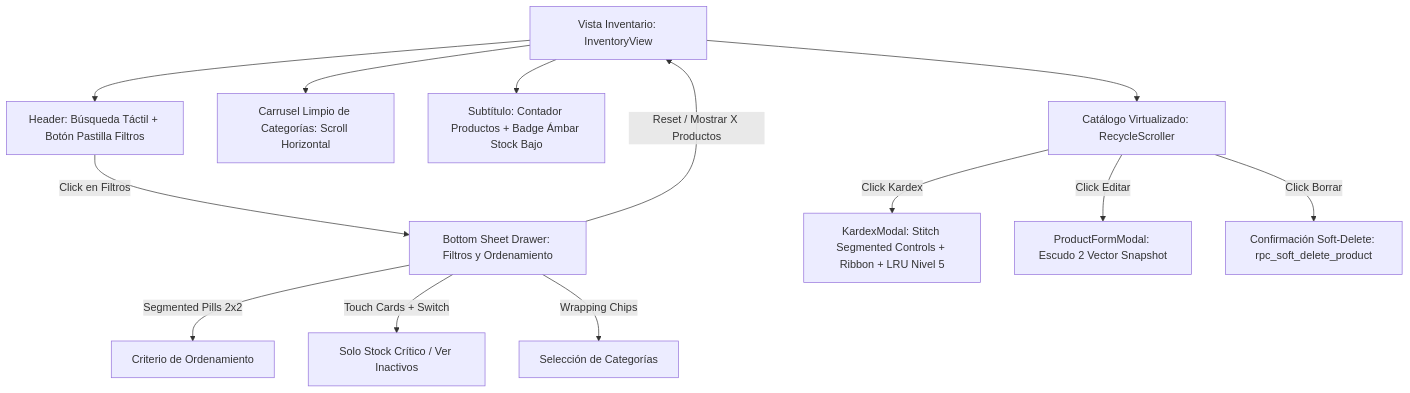
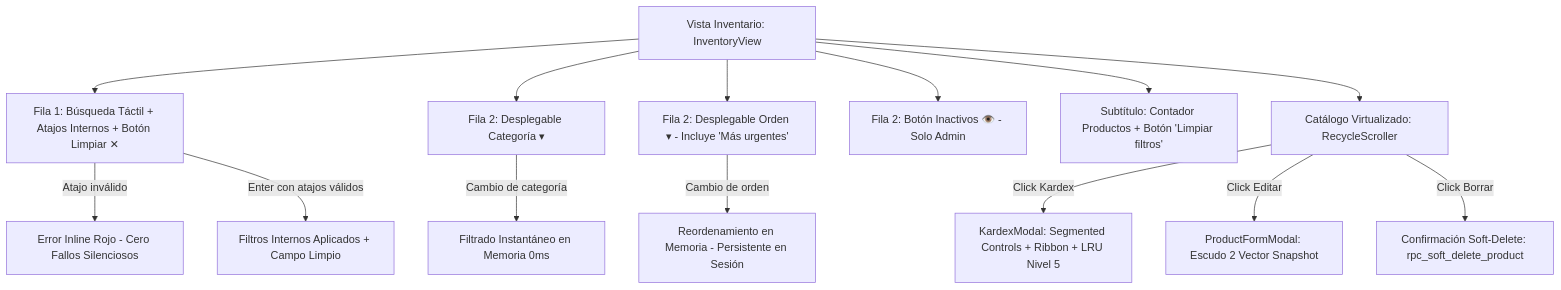
Before and after one commit to YamirJCF/tienda-barrio-pro: the diagram in documentation/01_requirements/UXD/UXD_006_INTERFAZ_INVENTARIO.md, drawn with Mermaid. The commit also changed other lines of this file and 8 other files, not shown here.

Commit message:
feat(inventory): implementar filtros compactos A+C con parser de atajos internos

````diff
--- a/documentation/01_requirements/UXD/UXD_006_INTERFAZ_INVENTARIO.md
+++ b/documentation/01_requirements/UXD/UXD_006_INTERFAZ_INVENTARIO.md
@@ -23,15 +22,16 @@
 ```mermaid
 graph TD
-    A[Vista Inventario: InventoryView] --> B[Header: Búsqueda Táctil + Botón Pastilla Filtros]
-    A --> C[Carrusel Limpio de Categorías: Scroll Horizontal]
-    A --> D[Subtítulo: Contador Productos + Badge Ámbar Stock Bajo]
-    B -->|Click en Filtros| E[Bottom Sheet Drawer: Filtros y Ordenamiento]
-    E -->|Segmented Pills 2x2| E1[Criterio de Ordenamiento]
-    E -->|Touch Cards + Switch| E2[Solo Stock Crítico / Ver Inactivos]
-    E -->|Wrapping Chips| E3[Selección de Categorías]
-    E -->|Reset / Mostrar X Productos| A
-    A --> F[Catálogo Virtualizado: RecycleScroller]
-    F -->|Click Kardex| G[KardexModal: Stitch Segmented Controls + Ribbon + LRU Nivel 5]
-    F -->|Click Editar| H[ProductFormModal: Escudo 2 Vector Snapshot]
-    F -->|Click Borrar| I[Confirmación Soft-Delete: rpc_soft_delete_product]
+    A[Vista Inventario: InventoryView] --> B[Fila 1: Búsqueda Táctil + Atajos Internos + Botón Limpiar ✕]
+    A --> C[Fila 2: Desplegable Categoría ▾]
+    A --> D[Fila 2: Desplegable Orden ▾ - Incluye 'Más urgentes']
+    A --> E[Fila 2: Botón Inactivos 👁️ - Solo Admin]
+    A --> F[Subtítulo: Contador Productos + Botón 'Limpiar filtros']
+    B -->|Atajo inválido| B1[Error Inline Rojo - Cero Fallos Silenciosos]
+    B -->|Enter con atajos válidos| B2[Filtros Internos Aplicados + Campo Limpio]
+    C -->|Cambio de categoría| G[Filtrado Instantáneo en Memoria 0ms]
+    D -->|Cambio de orden| H[Reordenamiento en Memoria - Persistente en Sesión]
+    A --> I[Catálogo Virtualizado: RecycleScroller]
+    I -->|Click Kardex| J[KardexModal: Segmented Controls + Ribbon + LRU Nivel 5]
+    I -->|Click Editar| K[ProductFormModal: Escudo 2 Vector Snapshot]
+    I -->|Click Borrar| L[Confirmación Soft-Delete: rpc_soft_delete_product]
 ```
````
